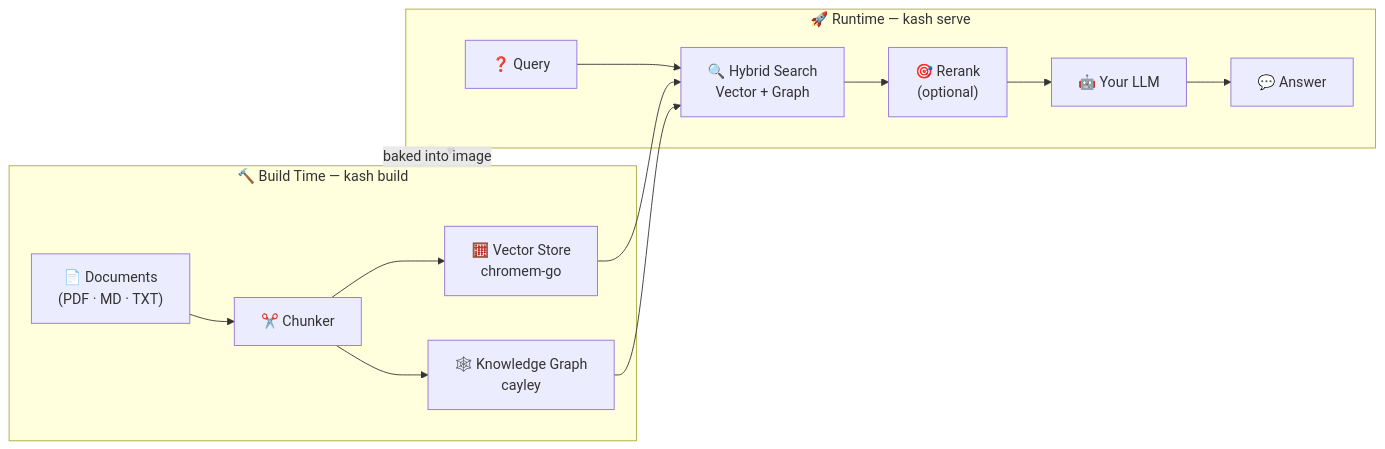
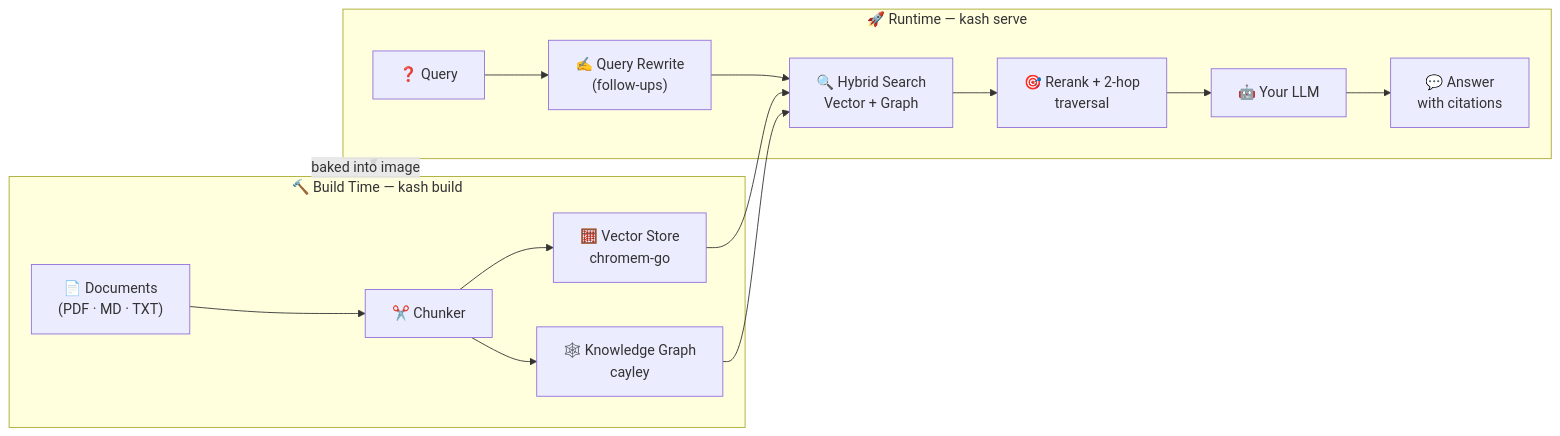
One commit to akashicode/kash changed the diagram in README.md. Above: the diagram before and after it, drawn with Mermaid. The commit also changed other lines of this file, not shown here.

````diff
--- a/README.md
+++ b/README.md
@@ -71,19 +71,20 @@
 ```mermaid
 flowchart LR
     subgraph BUILD ["🔨 Build Time — kash build"]
         A["📄 Documents<br/>(PDF · MD · TXT)"] --> B["✂️ Chunker"]
         B --> C["🧮 Vector Store<br/>chromem-go"]
         B --> D["🕸️ Knowledge Graph<br/>cayley"]
     end
 
     subgraph RUN ["🚀 Runtime — kash serve"]
-        E["❓ Query"] --> F["🔍 Hybrid Search<br/>Vector + Graph"]
+        E["❓ Query"] --> R["✍️ Query Rewrite<br/>(follow-ups)"]
+        R --> F["🔍 Hybrid Search<br/>Vector + Graph"]
         C --> F
         D --> F
-        F --> G["🎯 Rerank<br/>(optional)"]
+        F --> G["🎯 Rerank + 2-hop<br/>traversal"]
         G --> H["🤖 Your LLM"]
-        H --> I["💬 Answer"]
+        H --> I["💬 Answer<br/>with citations"]
     end
 
     BUILD -.->|"baked into image"| RUN
 ```
````
